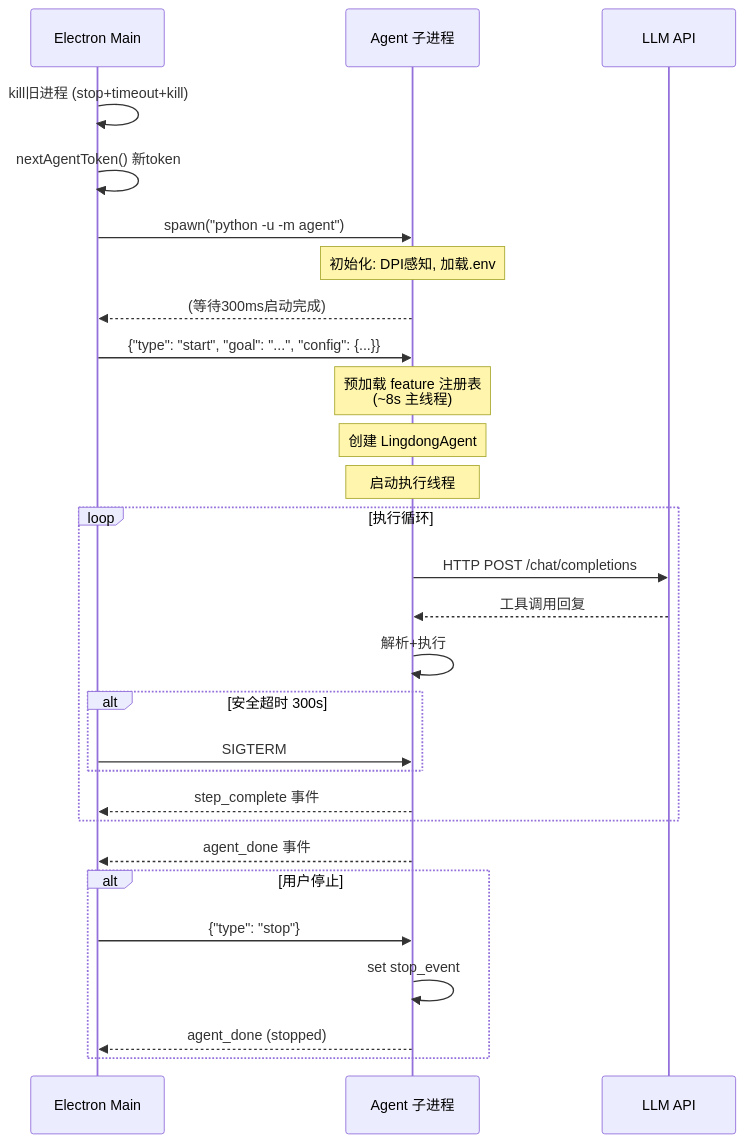
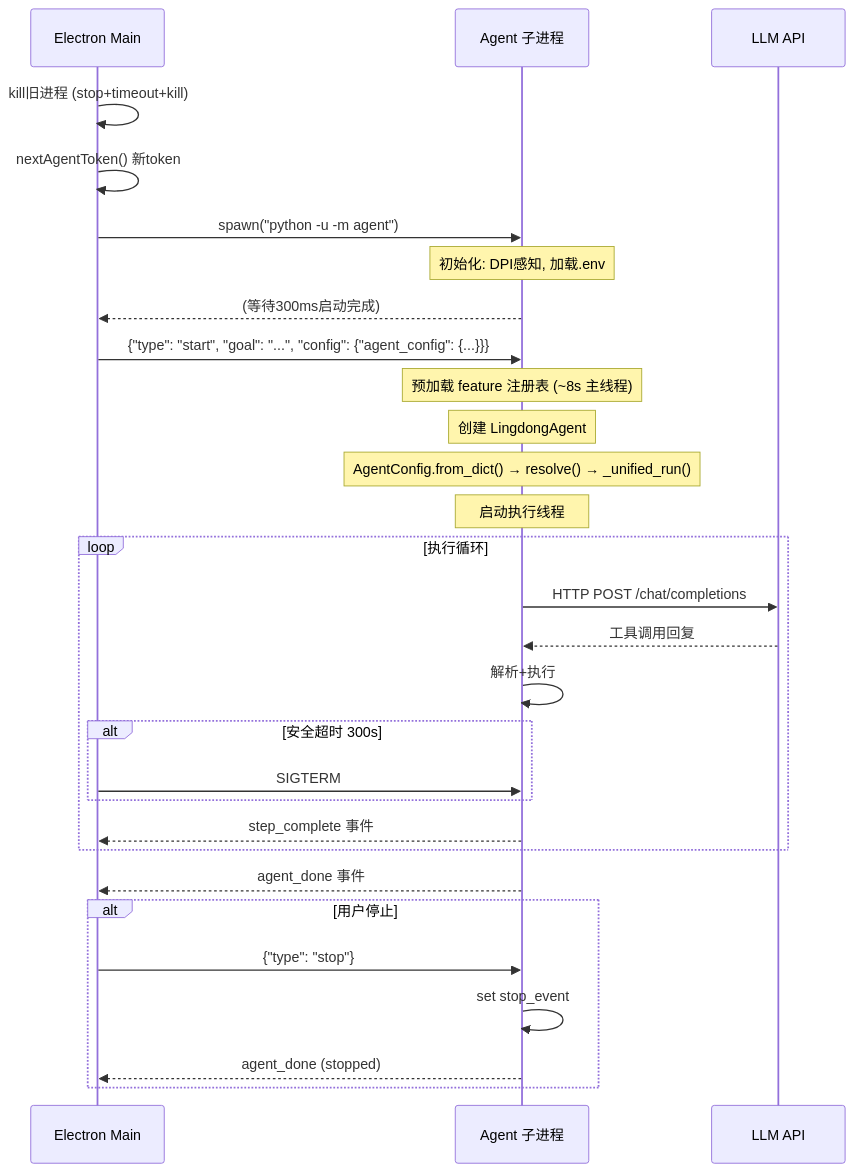
Before and after one commit to zoujiapeng/lingdong-script: the fifth of 5 diagrams in docs/agent-runtime.md, drawn with Mermaid. The commit also changed other lines of this file and 32 other files, not shown here.

````diff
--- a/docs/agent-runtime.md
+++ b/docs/agent-runtime.md
@@ -255,40 +280,41 @@
 ```mermaid
 sequenceDiagram
     participant Electron as Electron Main
     participant Agent as Agent 子进程
     participant LLM as LLM API
     
     Electron->>Electron: kill旧进程 (stop+timeout+kill)
     Electron->>Electron: nextAgentToken() 新token
     
     Electron->>Agent: spawn("python -u -m agent")
     Note over Agent: 初始化: DPI感知, 加载.env
     
     Agent-->>Electron: (等待300ms启动完成)
     
-    Electron->>Agent: {"type": "start", "goal": "...", "config": {...}}
+    Electron->>Agent: {"type": "start", "goal": "...", "config": {"agent_config": {...}}}
     
-    Note over Agent: 预加载 feature 注册表<br/>(~8s 主线程)
+    Note over Agent: 预加载 feature 注册表 (~8s 主线程)
     Note over Agent: 创建 LingdongAgent
+    Note over Agent: AgentConfig.from_dict() → resolve() → _unified_run()
     Note over Agent: 启动执行线程
     
     loop 执行循环
         Agent->>LLM: HTTP POST /chat/completions
         LLM-->>Agent: 工具调用回复
         Agent->>Agent: 解析+执行
         
         alt 安全超时 300s
             Electron->>Agent: SIGTERM
         end
         
         Agent-->>Electron: step_complete 事件
     end
     
     Agent-->>Electron: agent_done 事件
     
     alt 用户停止
         Electron->>Agent: {"type": "stop"}
         Agent->>Agent: set stop_event
         Agent-->>Electron: agent_done (stopped)
     end
 ```
````
